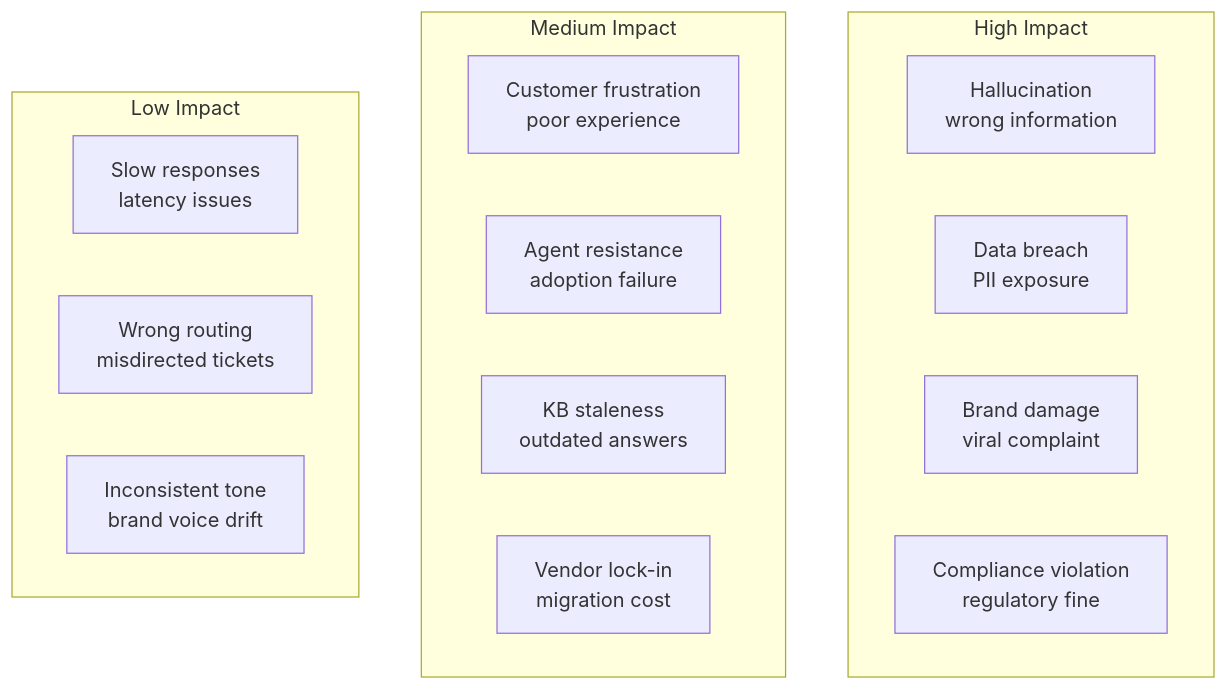
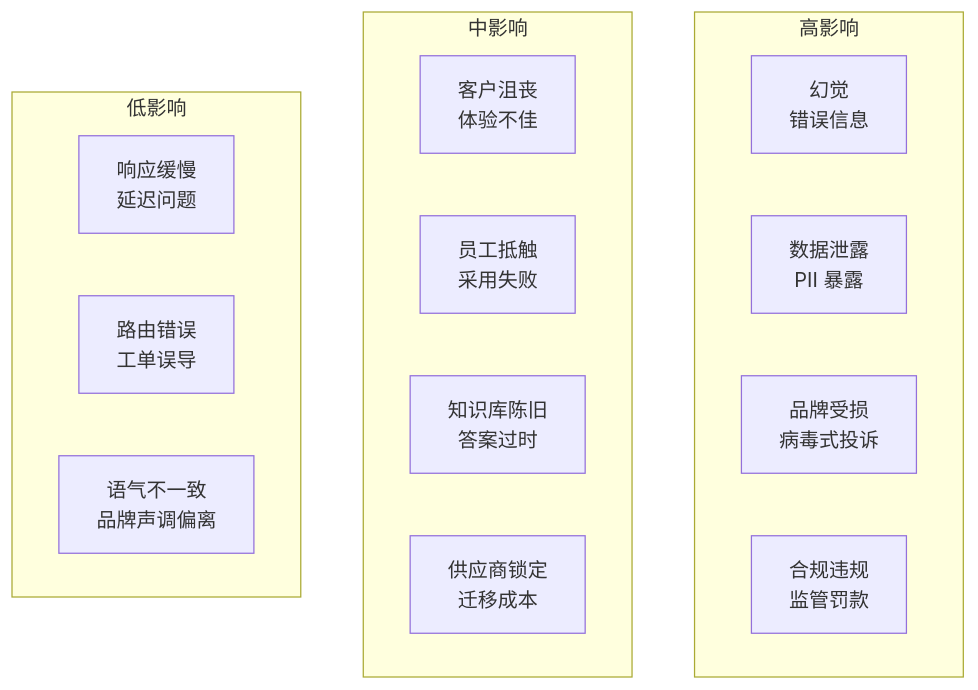
The first of 2 diagrams in i18n/zh/docusaurus-plugin-content-docs/current/13-risk-assessment.md (stars-labs/ai-driven-customer-service), drawn with Mermaid before and after one commit. The commit also changed other lines of this file and 15 other files, not shown here.

````diff
--- a/i18n/zh/docusaurus-plugin-content-docs/current/13-risk-assessment.md
+++ b/i18n/zh/docusaurus-plugin-content-docs/current/13-risk-assessment.md
@@ -12,22 +12,22 @@
 ```mermaid
 flowchart TB
-    subgraph High["High Impact"]
-        H1[Hallucination<br/>wrong information]
-        H2[Data breach<br/>PII exposure]
-        H3[Brand damage<br/>viral complaint]
-        H4[Compliance violation<br/>regulatory fine]
+    subgraph High["高影响"]
+        H1[幻觉<br/>错误信息]
+        H2[数据泄露<br/>PII 暴露]
+        H3[品牌受损<br/>病毒式投诉]
+        H4[合规违规<br/>监管罚款]
     end
 
-    subgraph Medium["Medium Impact"]
-        M1[Customer frustration<br/>poor experience]
-        M2[Agent resistance<br/>adoption failure]
-        M3[KB staleness<br/>outdated answers]
-        M4[Vendor lock-in<br/>migration cost]
+    subgraph Medium["中影响"]
+        M1[客户沮丧<br/>体验不佳]
+        M2[员工抵触<br/>采用失败]
+        M3[知识库陈旧<br/>答案过时]
+        M4[供应商锁定<br/>迁移成本]
     end
 
-    subgraph Low["Low Impact"]
-        L1[Slow responses<br/>latency issues]
-        L2[Wrong routing<br/>misdirected tickets]
-        L3[Inconsistent tone<br/>brand voice drift]
+    subgraph Low["低影响"]
+        L1[响应缓慢<br/>延迟问题]
+        L2[路由错误<br/>工单误导]
+        L3[语气不一致<br/>品牌声调偏离]
     end
 ```
````
